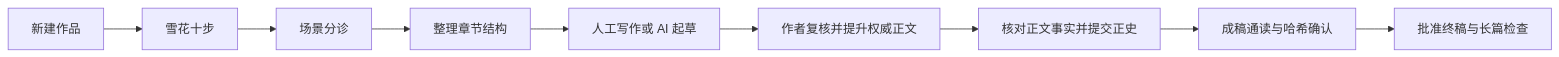
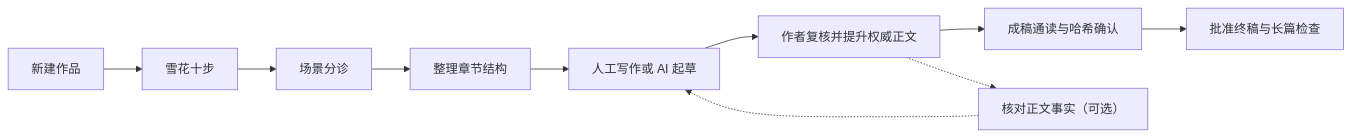
The diagram in docs/operator-manual.md (cocododo-dv/xiaoshuo-1), drawn with Mermaid before and after one commit. The commit also changed other lines of this file and 4 other files, not shown here.

````diff
--- a/docs/operator-manual.md
+++ b/docs/operator-manual.md
@@ -64,11 +64,12 @@
 ```mermaid
 flowchart LR
     A["新建作品"] --> B["雪花十步"]
     B --> C["场景分诊"]
     C --> D["整理章节结构"]
     D --> E["人工写作或 AI 起草"]
     E --> F["作者复核并提升权威正文"]
-    F --> G["核对正文事实并提交正史"]
-    G --> H["成稿通读与哈希确认"]
+    F --> H["成稿通读与哈希确认"]
+    F -.-> G["核对正文事实（可选）"]
+    G -.-> E
     H --> I["批准终稿与长篇检查"]
 ```
````
